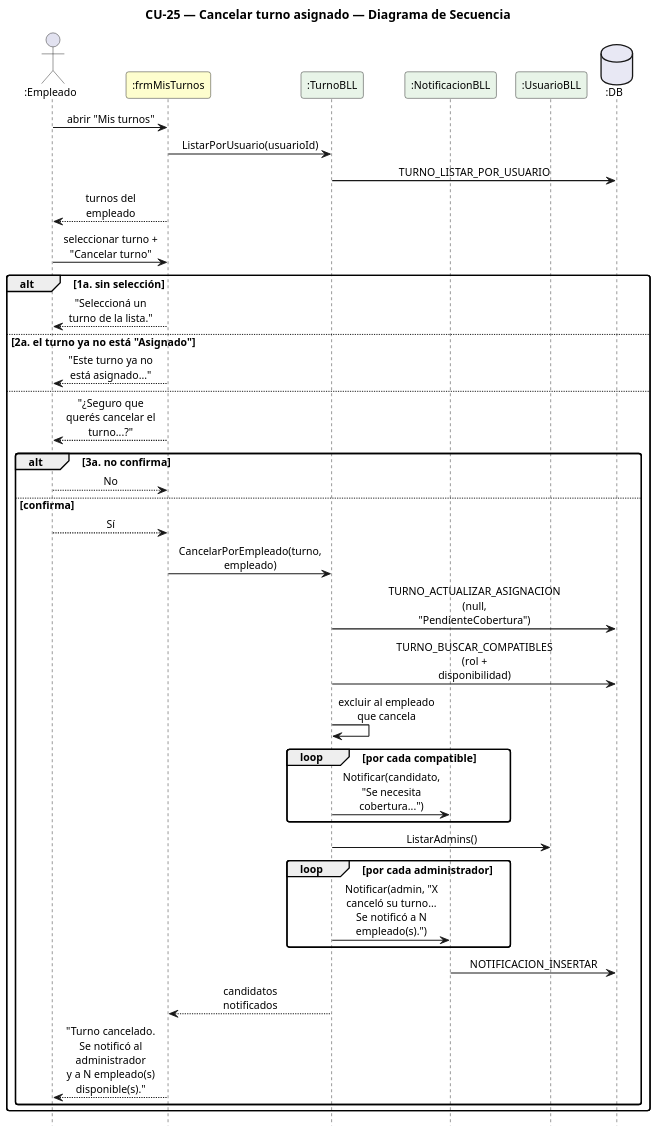
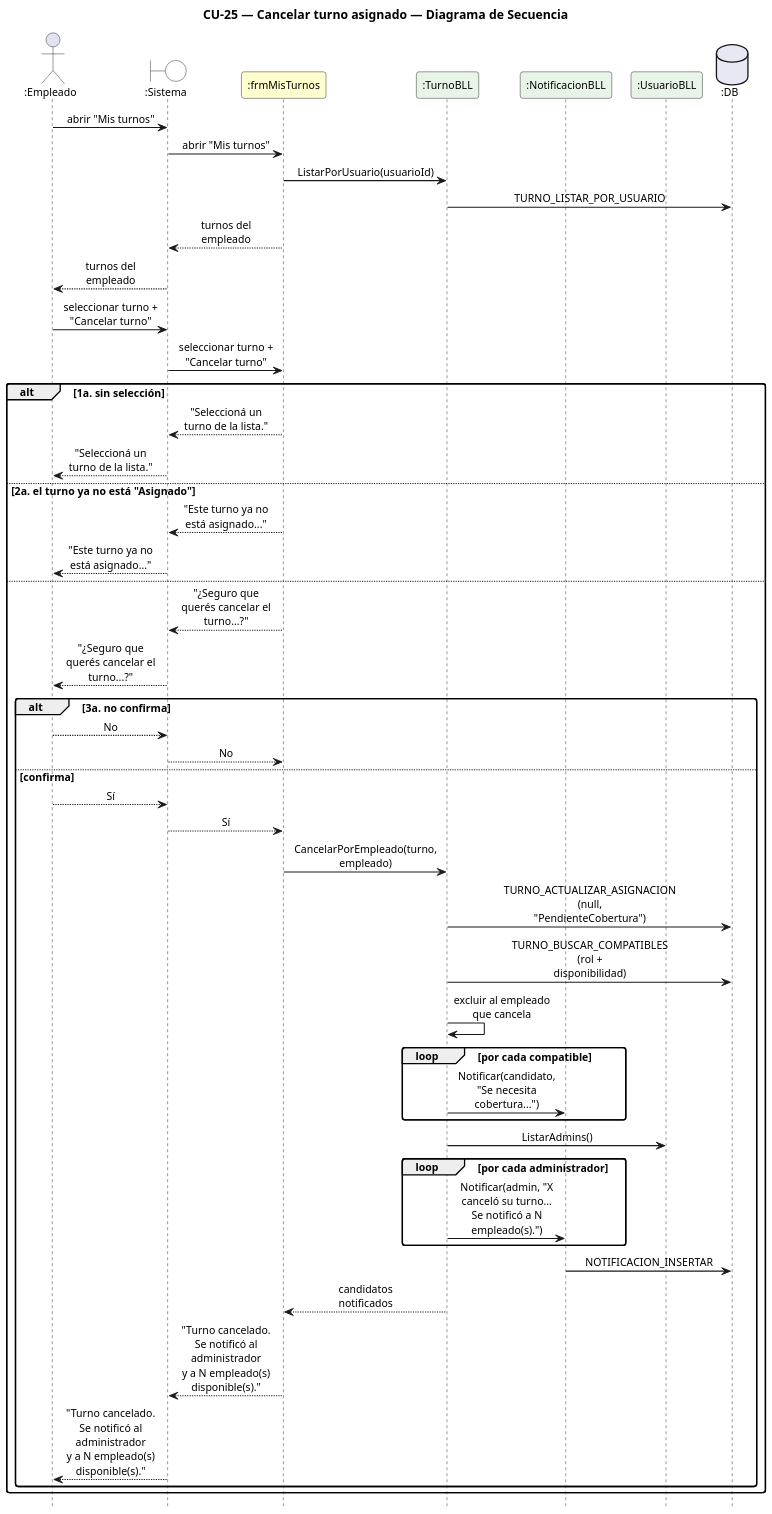
The diagram in DIAGRAMAS/DiagramaSecuencia_CU25_CancelarTurno.puml (Urrels/ingenieria_software), drawn with PlantUML before and after one commit. The commit also changed 78 other files, not shown here.

First line of the commit message:
Diagramas de secuencia: carril :Sistema entre el actor y las clases

```diff
--- a/DIAGRAMAS/DiagramaSecuencia_CU25_CancelarTurno.puml
+++ b/DIAGRAMAS/DiagramaSecuencia_CU25_CancelarTurno.puml
@@ -1,55 +1,65 @@
 @startuml DiagramaSecuencia_CU25_CancelarTurno
 
 title CU-25 — Cancelar turno asignado — Diagrama de Secuencia
 
 skinparam shadowing false
 skinparam roundcorner 6
 skinparam sequenceArrowThickness 1.2
 skinparam ParticipantPadding 6
 skinparam BoxPadding 4
 skinparam maxMessageSize 115
 skinparam sequenceMessageAlign center
 skinparam defaultFontSize 12
 skinparam dpi 140
 hide footbox
 
 actor ":Empleado" as E
+boundary ":Sistema" as SYS #FFFFFF
 participant ":frmMisTurnos" as F #FEFECE
 participant ":TurnoBLL" as T #E8F4E8
 participant ":NotificacionBLL" as N #E8F4E8
 participant ":UsuarioBLL" as UB #E8F4E8
 database ":DB" as DB #E8E8F4
 
-E -> F : abrir "Mis turnos"
+E -> SYS : abrir "Mis turnos"
+SYS -> F : abrir "Mis turnos"
 F -> T : ListarPorUsuario(usuarioId)
 T -> DB : TURNO_LISTAR_POR_USUARIO
-F --> E : turnos del empleado
-E -> F : seleccionar turno + "Cancelar turno"
+F --> SYS : turnos del empleado
+SYS --> E : turnos del empleado
+E -> SYS : seleccionar turno + "Cancelar turno"
+SYS -> F : seleccionar turno + "Cancelar turno"
 alt 1a. sin selección
-  F --> E : "Seleccioná un turno de la lista."
+  F --> SYS : "Seleccioná un turno de la lista."
+  SYS --> E : "Seleccioná un turno de la lista."
 else 2a. el turno ya no está "Asignado"
-  F --> E : "Este turno ya no está asignado..."
+  F --> SYS : "Este turno ya no está asignado..."
+  SYS --> E : "Este turno ya no está asignado..."
 else
-  F --> E : "¿Seguro que querés cancelar el turno...?"
+  F --> SYS : "¿Seguro que querés cancelar el turno...?"
+  SYS --> E : "¿Seguro que querés cancelar el turno...?"
   alt 3a. no confirma
-    E --> F : No
+    E --> SYS : No
+    SYS --> F : No
   else confirma
-    E --> F : Sí
+    E --> SYS : Sí
+    SYS --> F : Sí
     F -> T : CancelarPorEmpleado(turno, empleado)
     T -> DB : TURNO_ACTUALIZAR_ASIGNACION (null, "PendienteCobertura")
     T -> DB : TURNO_BUSCAR_COMPATIBLES\n(rol + disponibilidad)
     T -> T : excluir al empleado que cancela
     loop por cada compatible
       T -> N : Notificar(candidato, "Se necesita cobertura...")
     end
     T -> UB : ListarAdmins()
     loop por cada administrador
       T -> N : Notificar(admin, "X canceló su turno...\nSe notificó a N empleado(s).")
     end
     N -> DB : NOTIFICACION_INSERTAR
     T --> F : candidatos notificados
-    F --> E : "Turno cancelado. Se notificó al administrador\ny a N empleado(s) disponible(s)."
+    F --> SYS : "Turno cancelado. Se notificó al administrador\ny a N empleado(s) disponible(s)."
+    SYS --> E : "Turno cancelado. Se notificó al administrador\ny a N empleado(s) disponible(s)."
   end
 end
 
 @enduml
```
